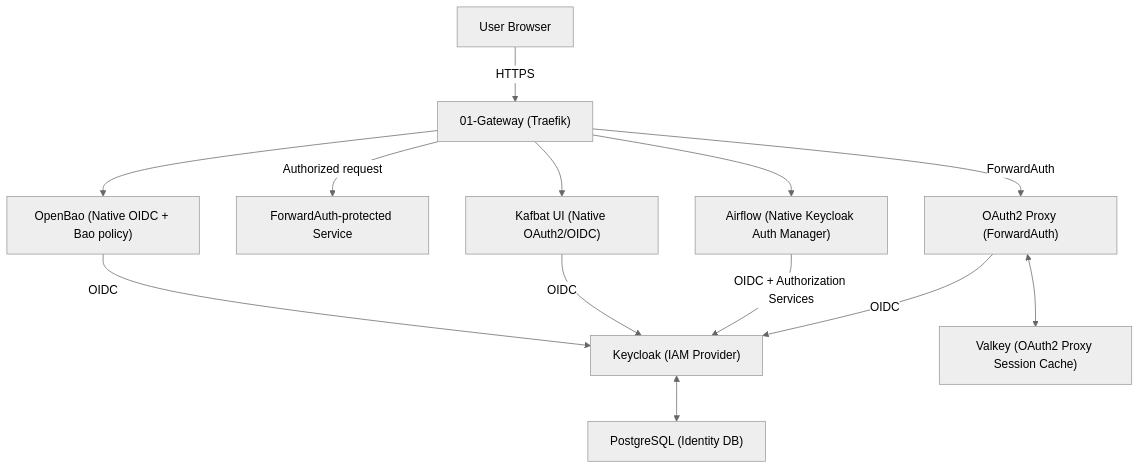
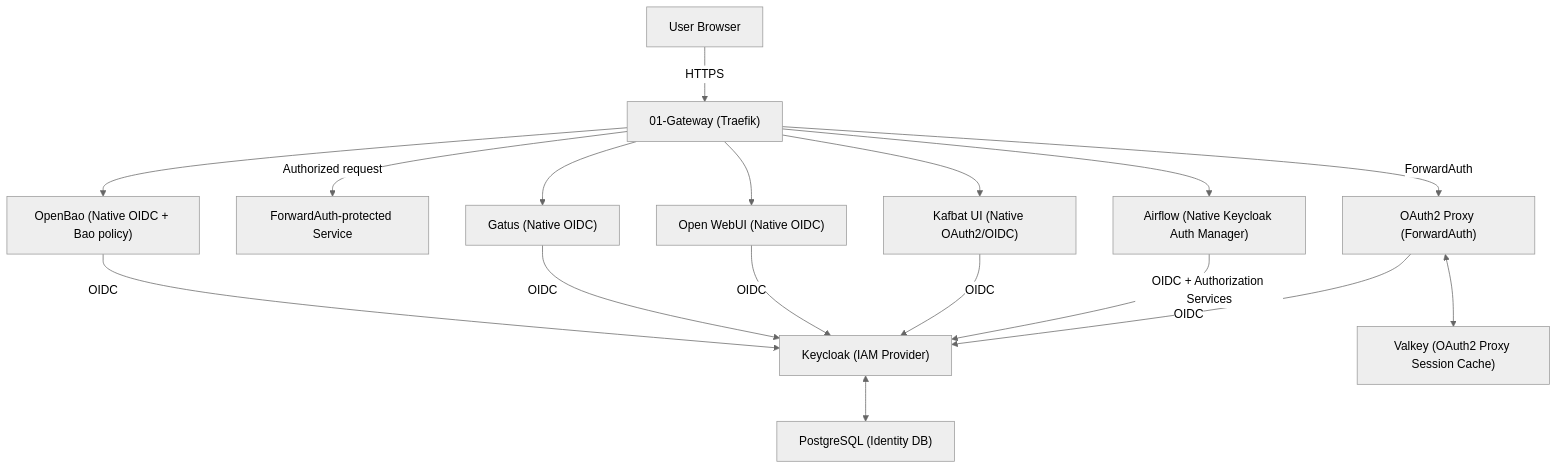
The diagram in docs/02.architecture/descriptions/0002-auth-architecture.md (buenhyden/hy-home.docker), drawn with Mermaid (neutral theme) before and after one commit. The commit also changed other lines of this file and 305 other files, not shown here.

````diff
--- a/docs/02.architecture/descriptions/0002-auth-architecture.md
+++ b/docs/02.architecture/descriptions/0002-auth-architecture.md
@@ -50,31 +50,39 @@
 ```mermaid
 graph TD
     Client["User Browser"]
     Gateway["01-Gateway (Traefik)"]
     OAuth2Proxy["OAuth2 Proxy (ForwardAuth)"]
     Keycloak["Keycloak (IAM Provider)"]
     ForwardApp["ForwardAuth-protected Service"]
     Airflow["Airflow (Native Keycloak Auth Manager)"]
     Kafbat["Kafbat UI (Native OAuth2/OIDC)"]
+    OpenWebUI["Open WebUI (Native OIDC)"]
+    Gatus["Gatus (Native OIDC)"]
     OpenBao["OpenBao (Native OIDC + Bao policy)"]
     PostgreSQL["PostgreSQL (Identity DB)"]
     Valkey["Valkey (OAuth2 Proxy Session Cache)"]
 
     Client -->|HTTPS| Gateway
 
     Gateway -->|ForwardAuth| OAuth2Proxy
     OAuth2Proxy -->|OIDC| Keycloak
     Gateway -->|Authorized request| ForwardApp
     OAuth2Proxy <--> Valkey
 
     Gateway --> Airflow
     Airflow -->|OIDC + Authorization Services| Keycloak
 
     Gateway --> Kafbat
     Kafbat -->|OIDC| Keycloak
 
+    Gateway --> OpenWebUI
+    OpenWebUI -->|OIDC| Keycloak
+
+    Gateway --> Gatus
+    Gatus -->|OIDC| Keycloak
+
     Gateway --> OpenBao
     OpenBao -->|OIDC| Keycloak
 
     Keycloak <--> PostgreSQL
 ```
````
